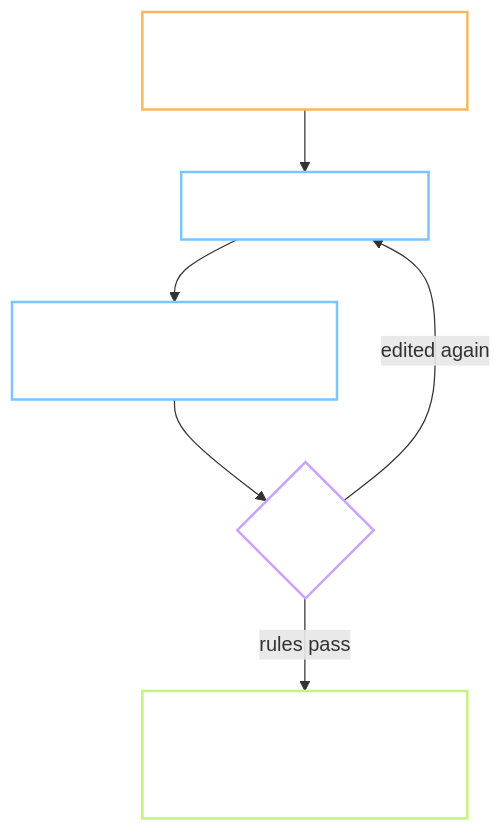
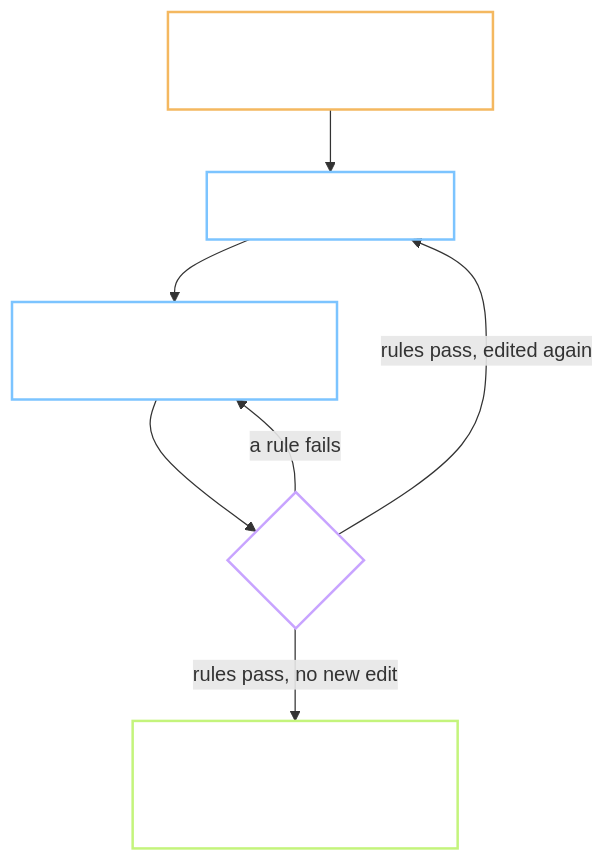
One commit to hieudelfi/MoonEgg changed the second of 2 diagrams in docs/tasks/P.5/Flow.md. Above: the diagram before and after it, drawn with Mermaid. The commit also changed other lines of this file and 1 other file, not shown here.

Commit message:
docs(P.5): rewrite plan and flow after the cold read, 41 defects

````diff
--- a/docs/tasks/P.5/Flow.md
+++ b/docs/tasks/P.5/Flow.md
@@ -74,13 +91,14 @@
 ```mermaid
 graph TB
-    E["A record was edited in the first pass"]:::amber --> Q["Queue: Duyệt lần 2"]:::cyan
-    Q --> W["The same word screen; the edited record is marked"]:::cyan
+    E["A record was edited, then A was pressed"]:::amber --> Q["Queue: Duyệt lần 2"]:::cyan
+    Q --> W["The same word screen. The edited record is marked"]:::cyan
     W --> A{"Press A"}:::purple
-    A -->|"rules pass"| OK["Saved as approved, with the second reviewer and time"]:::green
-    A -->|"edited again"| Q
+    A -->|"rules pass, no new edit"| OK["Edited records and the word: Đã duyệt, with the second name and time"]:::green
+    A -->|"rules pass, edited again"| Q
+    A -->|"a rule fails"| W
 
     classDef amber fill:transparent,stroke:#f4b860,stroke-width:2px,color:#fff
     classDef cyan fill:transparent,stroke:#7cc4ff,stroke-width:2px,color:#fff
     classDef green fill:transparent,stroke:#c4f47c,stroke-width:2px,color:#fff
     classDef purple fill:transparent,stroke:#c8a4ff,stroke-width:2px,color:#fff
 ```
````
